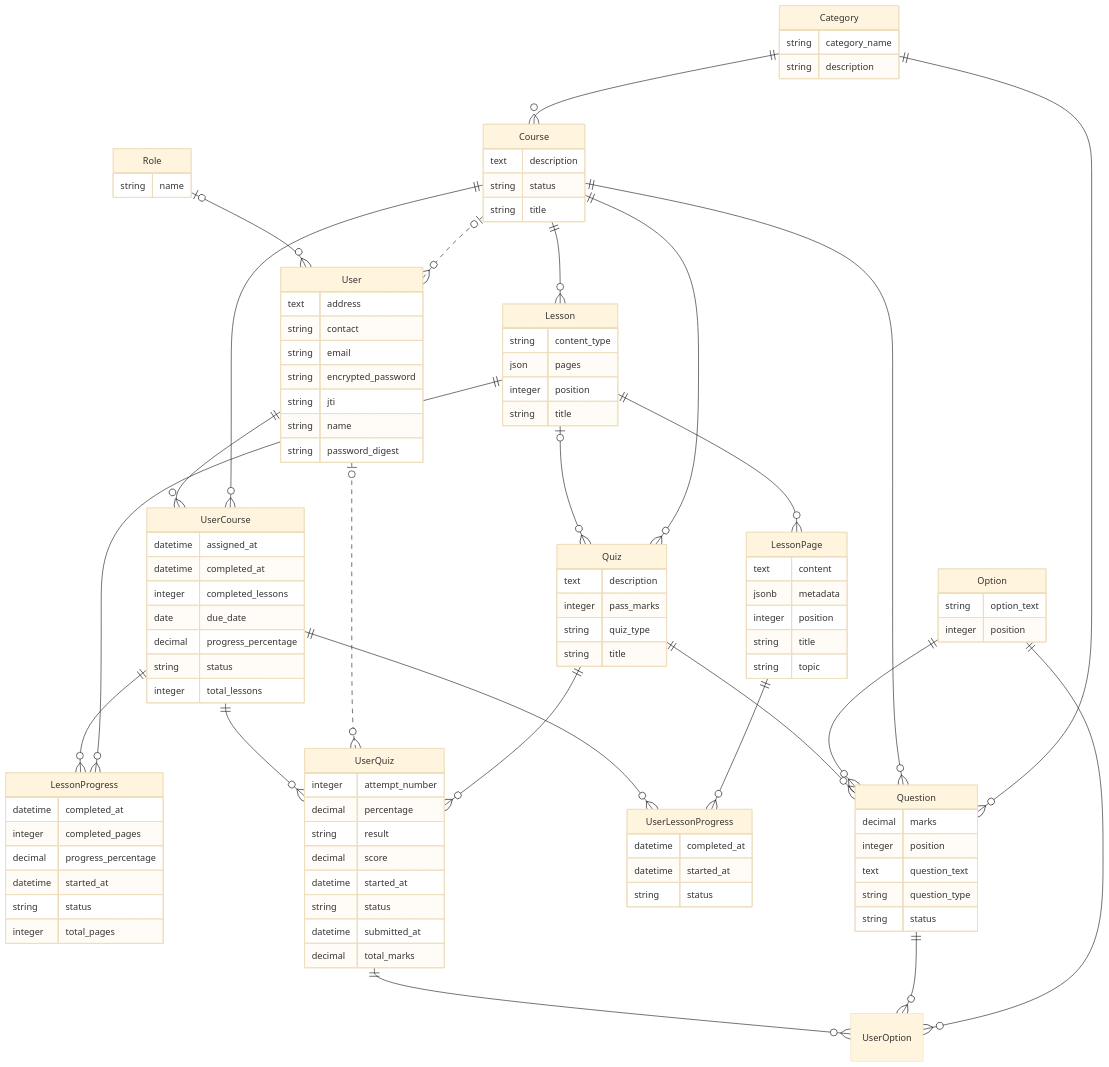
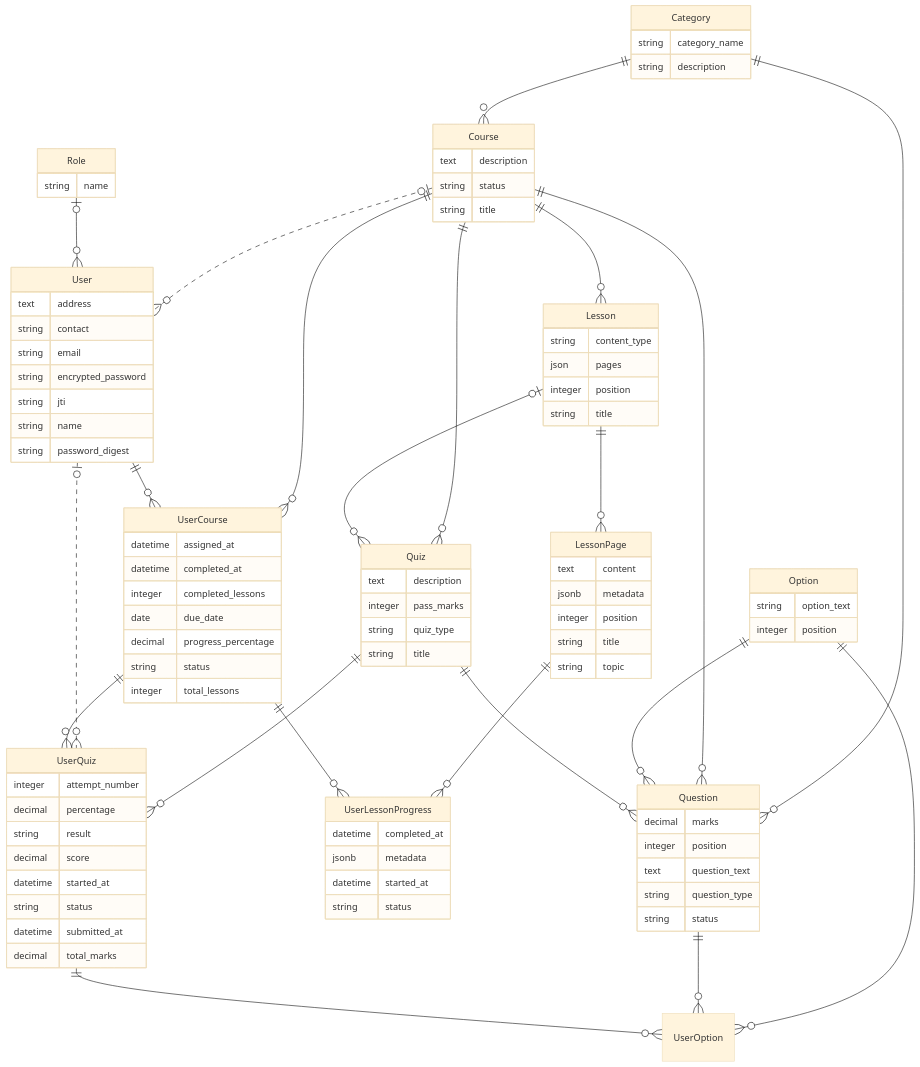
One commit to aayushisCode/Learning-Management-System---Ruby-On-Rails changed the diagram in erd.mmd. Above: the diagram before and after it, drawn with Mermaid (base theme). The commit also changed 168 other files, not shown here.

```diff
--- a/erd.mmd
+++ b/erd.mmd
@@ -1,110 +1,101 @@
 erDiagram
 	direction TB
 	Category {
 		string category_name
 		string description
 	}
 	Course {
 		text description
 		string status
 		string title
 	}
 	Lesson {
 		string content_type
 		json pages
 		integer position
 		string title
 	}
 	LessonPage {
 		text content
 		jsonb metadata
 		integer position
 		string title
 		string topic
-	}
-	LessonProgress {
-		datetime completed_at
-		integer completed_pages
-		decimal progress_percentage
-		datetime started_at
-		string status
-		integer total_pages
 	}
 	Option {
 		string option_text
 		integer position
 	}
 	Question {
 		decimal marks
 		integer position
 		text question_text
 		string question_type
 		string status
 	}
 	Quiz {
 		text description
 		integer pass_marks
 		string quiz_type
 		string title
 	}
 	Role {
 		string name
 	}
 	User {
 		text address
 		string contact
 		string email
 		string encrypted_password
 		string jti
 		string name
 		string password_digest
 	}
 	UserCourse {
 		datetime assigned_at
 		datetime completed_at
 		integer completed_lessons
 		date due_date
 		decimal progress_percentage
 		string status
 		integer total_lessons
 	}
 	UserLessonProgress {
 		datetime completed_at
+		jsonb metadata
 		datetime started_at
 		string status
 	}
 	UserOption {
 	}
 	UserQuiz {
 		integer attempt_number
 		decimal percentage
 		string result
 		decimal score
 		datetime started_at
 		string status
 		datetime submitted_at
 		decimal total_marks
 	}
 	Category ||--}o Course : ""
 	Category ||--}o Question : ""
 	Course ||--}o Lesson : ""
 	Course ||--}o UserCourse : ""
 	Course o|..}o User : ""
 	Course ||--}o Quiz : ""
 	Course ||--}o Question : ""
-	Lesson ||--}o LessonProgress : ""
 	Lesson o|--}o Quiz : ""
 	Lesson ||--}o LessonPage : ""
 	LessonPage ||--}o UserLessonProgress : ""
-	UserCourse ||--}o LessonProgress : ""
 	Option ||--}o Question : ""
 	Option ||--}o UserOption : ""
 	Quiz ||--}o Question : ""
 	Question ||--}o UserOption : ""
 	Quiz ||--}o UserQuiz : ""
 	Role o|--}o User : ""
 	User ||--}o UserCourse : ""
 	User o|..}o UserQuiz : ""
 	UserCourse ||--}o UserQuiz : ""
 	UserCourse ||--}o UserLessonProgress : ""
 	UserQuiz ||--}o UserOption : ""
```
